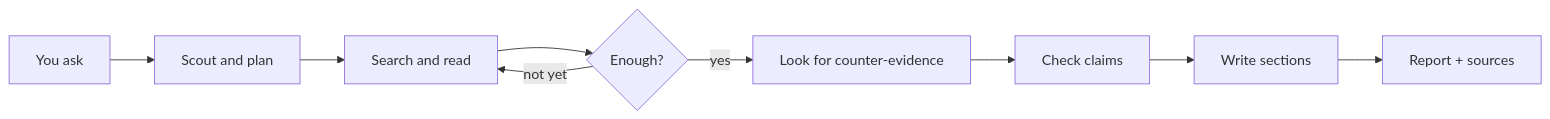
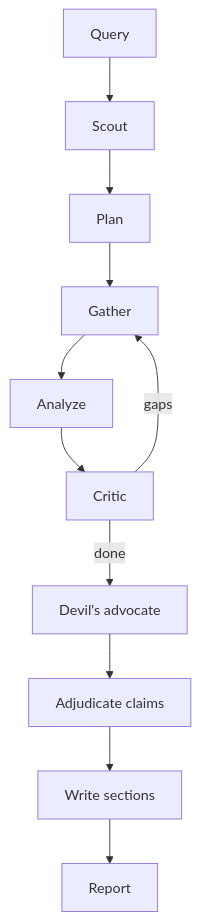
The diagram in README.md (sarv-projects/Autonomous-Research-Agent), drawn with Mermaid before and after one commit. The commit also changed other lines of this file, not shown here.

````diff
--- a/README.md
+++ b/README.md
@@ -152,11 +52,13 @@
 ```mermaid
-flowchart LR
-    A[You ask] --> B[Scout and plan]
-    B --> C[Search and read]
-    C --> D{Enough?}
-    D -->|not yet| C
-    D -->|yes| E[Look for counter-evidence]
-    E --> F[Check claims]
-    F --> G[Write sections]
-    G --> H[Report + sources]
+flowchart TD
+    Q[Query] --> S[Scout]
+    S --> P[Plan]
+    P --> G[Gather]
+    G --> A[Analyze]
+    A --> C[Critic]
+    C -->|gaps| G
+    C -->|done| D[Devil's advocate]
+    D --> V[Adjudicate claims]
+    V --> W[Write sections]
+    W --> R[Report]
 ```
````
